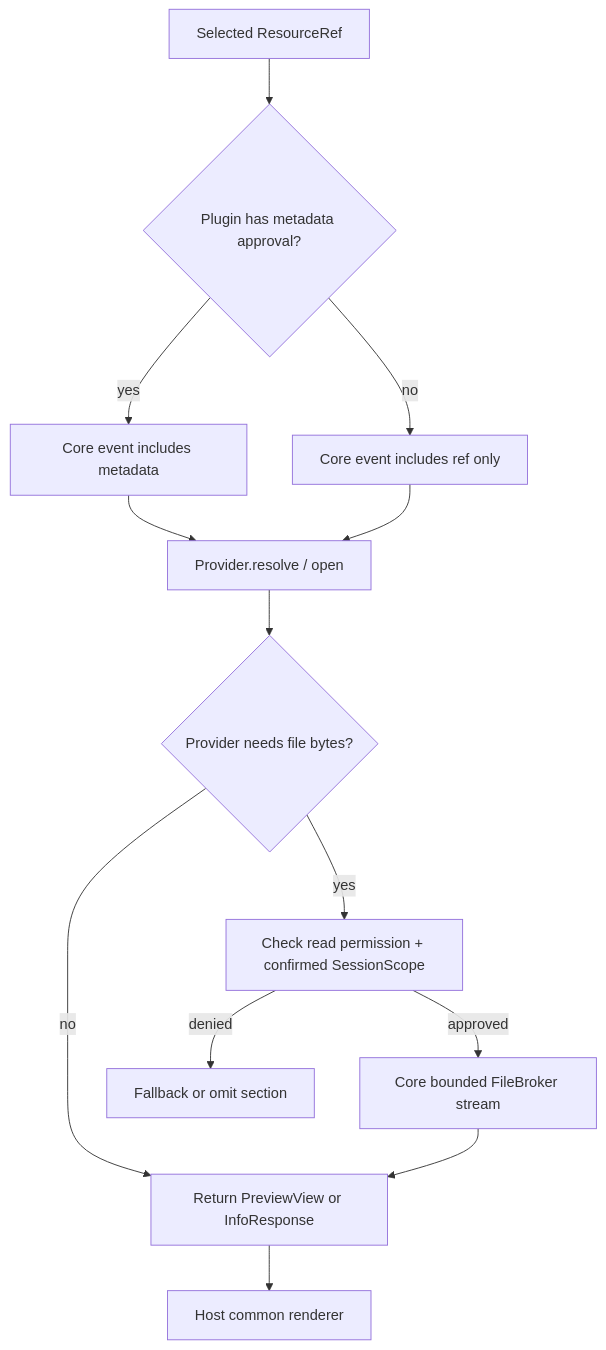
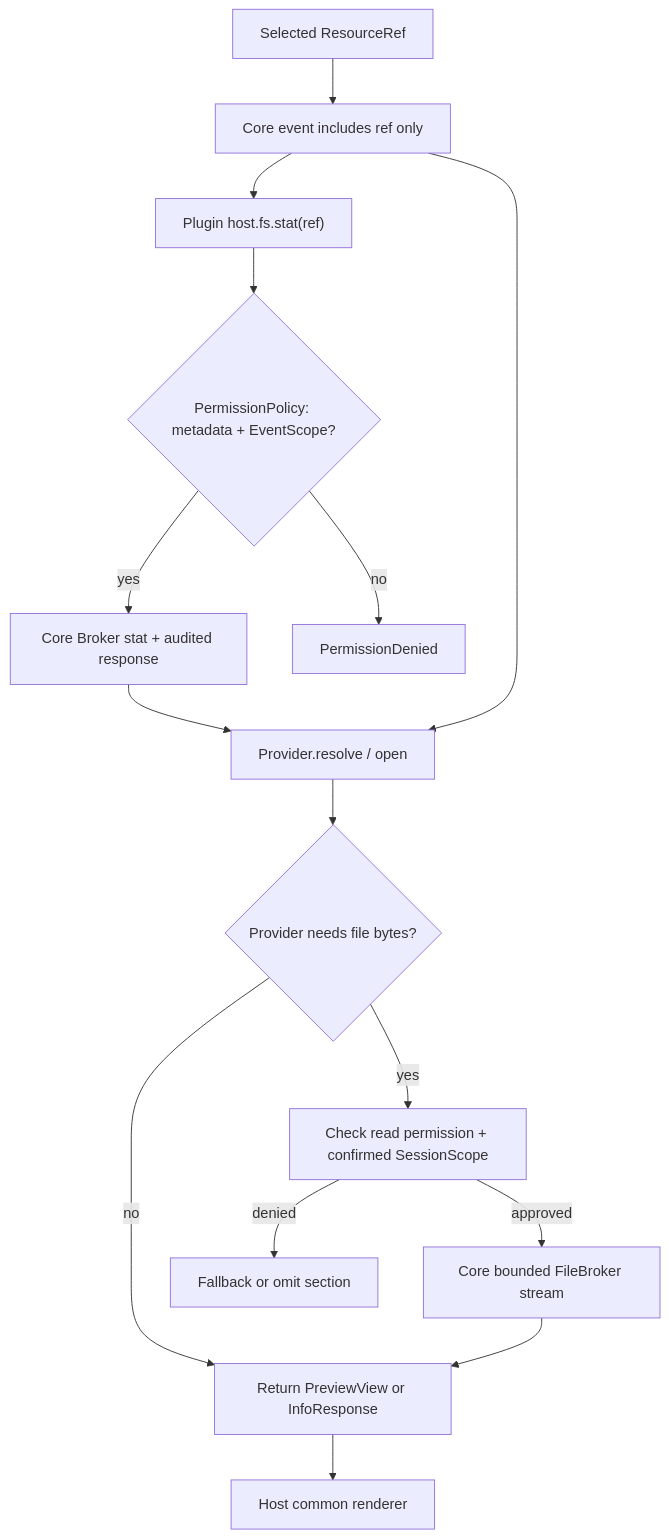
The fourth of 4 diagrams in docs/plugins/08-UNIFIED-PREVIEW-INFO.md (kevinhuang001/fiex), drawn with Mermaid before and after one commit. The commit also changed other lines of this file and 10 other files, not shown here.

Commit message:
docs: unify plugin event and scoped resource request flow

````diff
--- a/docs/plugins/08-UNIFIED-PREVIEW-INFO.md
+++ b/docs/plugins/08-UNIFIED-PREVIEW-INFO.md
@@ -291,15 +283,17 @@
 ```mermaid
 flowchart TD
-  Selected["Selected ResourceRef"] --> Permission{"Plugin has metadata approval?"}
-  Permission -->|yes| Meta["Core event includes metadata"]
-  Permission -->|no| Ref["Core event includes ref only"]
+  Selected["Selected ResourceRef"] --> Ref["Core event includes ref only"]
+  Ref --> Request["Plugin host.fs.stat(ref)"]
+  Request --> Permission{"PermissionPolicy: metadata + EventScope?"}
+  Permission -->|yes| Meta["Core Broker stat + audited response"]
+  Permission -->|no| Denied["PermissionDenied"]
   Meta --> Render["Provider.resolve / open"]
   Ref --> Render
   Render --> NeedRead{"Provider needs file bytes?"}
   NeedRead -->|yes| Scope["Check read permission + confirmed SessionScope"]
   NeedRead -->|no| Output["Return PreviewView or InfoResponse"]
   Scope -->|approved| Stream["Core bounded FileBroker stream"]
   Scope -->|denied| Fallback["Fallback or omit section"]
   Stream --> Output
   Output --> UI["Host common renderer"]
 ```
````
